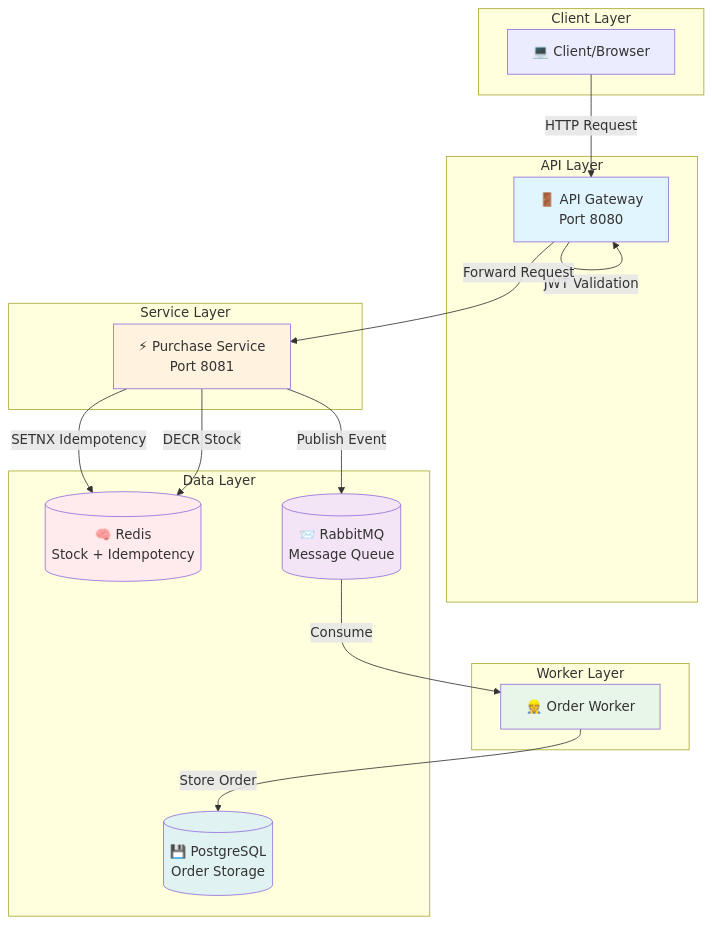
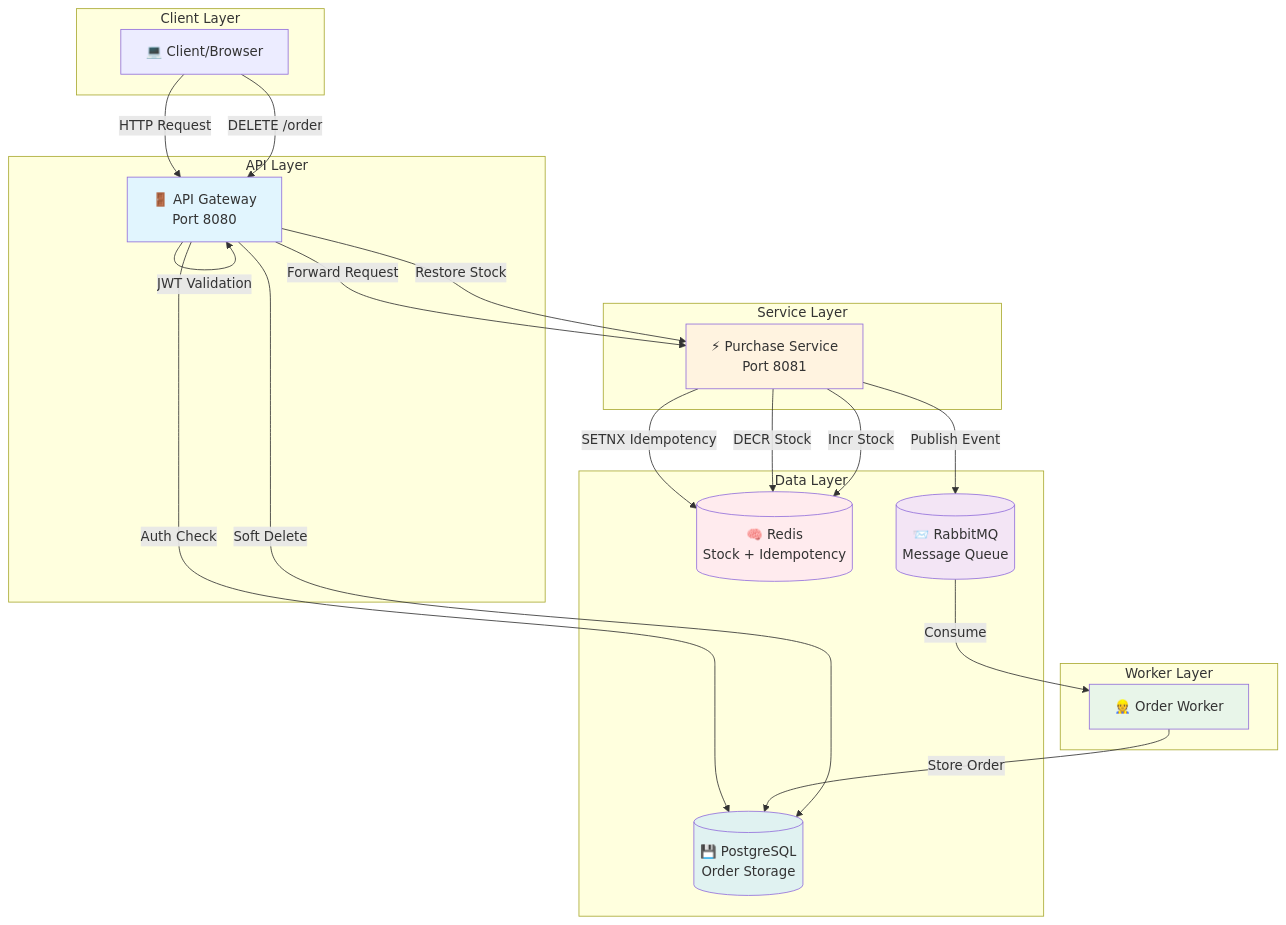
One commit to albert4183r7/Flash-Sale-Engine changed the diagram in README.md. Above: the diagram before and after it, drawn with Mermaid. The commit also changed other lines of this file, not shown here.

`````diff
--- a/README.md
+++ b/README.md
@@ -46,40 +46,46 @@
 ```mermaid
 graph TB
     subgraph "Client Layer"
         C[💻 Client/Browser]
     end
     
     subgraph "API Layer"
         AG[🚪 API Gateway<br/>Port 8080]
     end
     
     subgraph "Service Layer"
         PS[⚡ Purchase Service<br/>Port 8081]
     end
     
     subgraph "Worker Layer"
         OW[👷 Order Worker]
     end
     
     subgraph "Data Layer"
         R[(🧠 Redis<br/>Stock + Idempotency)]
         RMQ[(📨 RabbitMQ<br/>Message Queue)]
         PG[(💾 PostgreSQL<br/>Order Storage)]
     end
     
     C -->|HTTP Request| AG
+    AG -->|Auth Check| PG
     AG -->|JWT Validation| AG
     AG -->|Forward Request| PS
     PS -->|SETNX Idempotency| R
     PS -->|DECR Stock| R
     PS -->|Publish Event| RMQ
     RMQ -->|Consume| OW
     OW -->|Store Order| PG
     
+    C -->|DELETE /order| AG
+    AG -->|Soft Delete| PG
+    AG -->|Restore Stock| PS
+    PS -->|Incr Stock| R
+
     style AG fill:#e1f5fe
     style PS fill:#fff3e0
     style OW fill:#e8f5e9
     style R fill:#ffebee
     style RMQ fill:#f3e5f5
     style PG fill:#e0f2f1
 ````
`````
